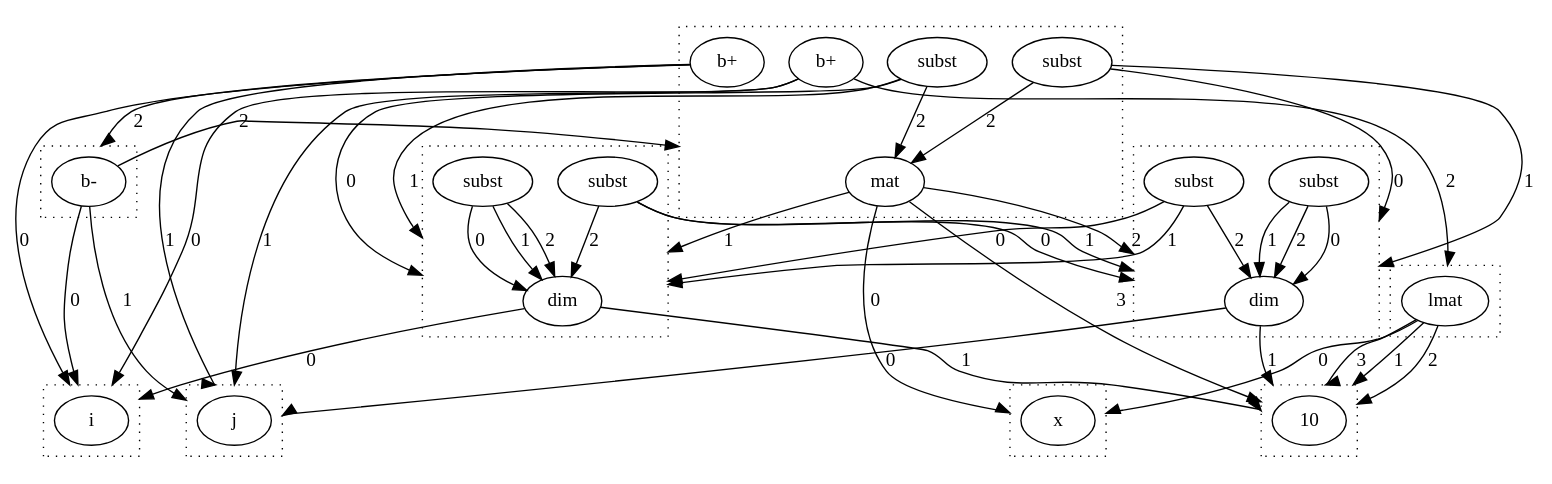
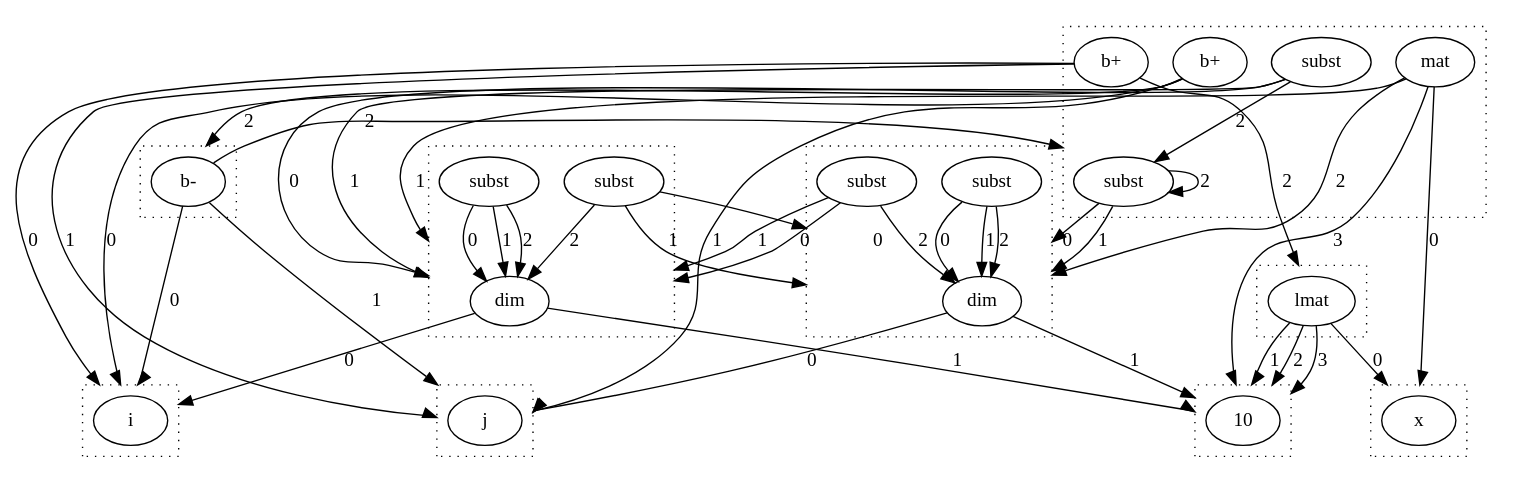
The diagram in dots/bind.dot (wormhole-optimization/warp), drawn with Graphviz before and after one commit. The commit also changed 8 other files, not shown here.

```diff
--- a/dots/bind.dot
+++ b/dots/bind.dot
@@ -1,86 +1,86 @@
 digraph {
   compound=true
   subgraph cluster_0 {
     style=dotted
     0.0[label = "i"]
   }
   subgraph cluster_1 {
     style=dotted
     1.0[label = "j"]
   }
   subgraph cluster_2 {
     style=dotted
     2.0[label = "x"]
   }
   subgraph cluster_3 {
     style=dotted
     3.0[label = "10"]
   }
   subgraph cluster_4 {
     style=dotted
     4.0[label = "lmat"]
   }
   subgraph cluster_6 {
     style=dotted
     6.0[label = "b-"]
   }
-  subgraph cluster_10 {
+  subgraph cluster_11 {
     style=dotted
-    10.0[label = "mat"]
-    10.1[label = "b+"]
-    10.2[label = "subst"]
-    10.3[label = "subst"]
-    10.4[label = "b+"]
+    11.0[label = "subst"]
+    11.1[label = "b+"]
+    11.2[label = "mat"]
+    11.3[label = "b+"]
+    11.4[label = "subst"]
   }
   subgraph cluster_13 {
     style=dotted
     13.0[label = "dim"]
     13.1[label = "subst"]
     13.2[label = "subst"]
   }
   subgraph cluster_14 {
     style=dotted
     14.0[label = "dim"]
     14.1[label = "subst"]
     14.2[label = "subst"]
   }
   4.0 -> 2.0 [lhead = cluster_2, label = 0]
   4.0 -> 3.0 [lhead = cluster_3, label = 1]
   4.0 -> 3.0 [lhead = cluster_3, label = 2]
   4.0 -> 3.0 [lhead = cluster_3, label = 3]
   6.0 -> 0.0 [lhead = cluster_0, label = 0]
   6.0 -> 1.0 [lhead = cluster_1, label = 1]
-  6.0 -> 10.0 [lhead = cluster_10, label = 2]
-  10.0 -> 2.0 [lhead = cluster_2, label = 0]
-  10.0 -> 13.0 [lhead = cluster_13, label = 1]
-  10.0 -> 14.0 [lhead = cluster_14, label = 2]
-  10.0 -> 3.0 [lhead = cluster_3, label = 3]
-  10.1 -> 0.0 [lhead = cluster_0, label = 0]
-  10.1 -> 1.0 [lhead = cluster_1, label = 1]
-  10.1 -> 4.0 [lhead = cluster_4, label = 2]
-  10.2 -> 13.0 [lhead = cluster_13, label = 0]
-  10.2 -> 13.0 [lhead = cluster_13, label = 1]
-  10.2 -> 10.0 [lhead = cluster_10, label = 2]
-  10.3 -> 14.0 [lhead = cluster_14, label = 0]
-  10.3 -> 14.0 [lhead = cluster_14, label = 1]
-  10.3 -> 10.0 [lhead = cluster_10, label = 2]
-  10.4 -> 0.0 [lhead = cluster_0, label = 0]
-  10.4 -> 1.0 [lhead = cluster_1, label = 1]
-  10.4 -> 6.0 [lhead = cluster_6, label = 2]
+  6.0 -> 11.0 [lhead = cluster_11, label = 2]
+  11.0 -> 14.0 [lhead = cluster_14, label = 0]
+  11.0 -> 14.0 [lhead = cluster_14, label = 1]
+  11.0 -> 11.0 [lhead = cluster_11, label = 2]
+  11.1 -> 0.0 [lhead = cluster_0, label = 0]
+  11.1 -> 1.0 [lhead = cluster_1, label = 1]
+  11.1 -> 6.0 [lhead = cluster_6, label = 2]
+  11.2 -> 2.0 [lhead = cluster_2, label = 0]
+  11.2 -> 13.0 [lhead = cluster_13, label = 1]
+  11.2 -> 14.0 [lhead = cluster_14, label = 2]
+  11.2 -> 3.0 [lhead = cluster_3, label = 3]
+  11.3 -> 0.0 [lhead = cluster_0, label = 0]
+  11.3 -> 1.0 [lhead = cluster_1, label = 1]
+  11.3 -> 4.0 [lhead = cluster_4, label = 2]
+  11.4 -> 13.0 [lhead = cluster_13, label = 0]
+  11.4 -> 13.0 [lhead = cluster_13, label = 1]
+  11.4 -> 11.0 [lhead = cluster_11, label = 2]
   13.0 -> 0.0 [lhead = cluster_0, label = 0]
   13.0 -> 3.0 [lhead = cluster_3, label = 1]
   13.1 -> 13.0 [lhead = cluster_13, label = 0]
   13.1 -> 13.0 [lhead = cluster_13, label = 1]
   13.1 -> 13.0 [lhead = cluster_13, label = 2]
   13.2 -> 14.0 [lhead = cluster_14, label = 0]
   13.2 -> 14.0 [lhead = cluster_14, label = 1]
   13.2 -> 13.0 [lhead = cluster_13, label = 2]
   14.0 -> 1.0 [lhead = cluster_1, label = 0]
   14.0 -> 3.0 [lhead = cluster_3, label = 1]
   14.1 -> 13.0 [lhead = cluster_13, label = 0]
   14.1 -> 13.0 [lhead = cluster_13, label = 1]
   14.1 -> 14.0 [lhead = cluster_14, label = 2]
   14.2 -> 14.0 [lhead = cluster_14, label = 0]
   14.2 -> 14.0 [lhead = cluster_14, label = 1]
   14.2 -> 14.0 [lhead = cluster_14, label = 2]
 }
```
